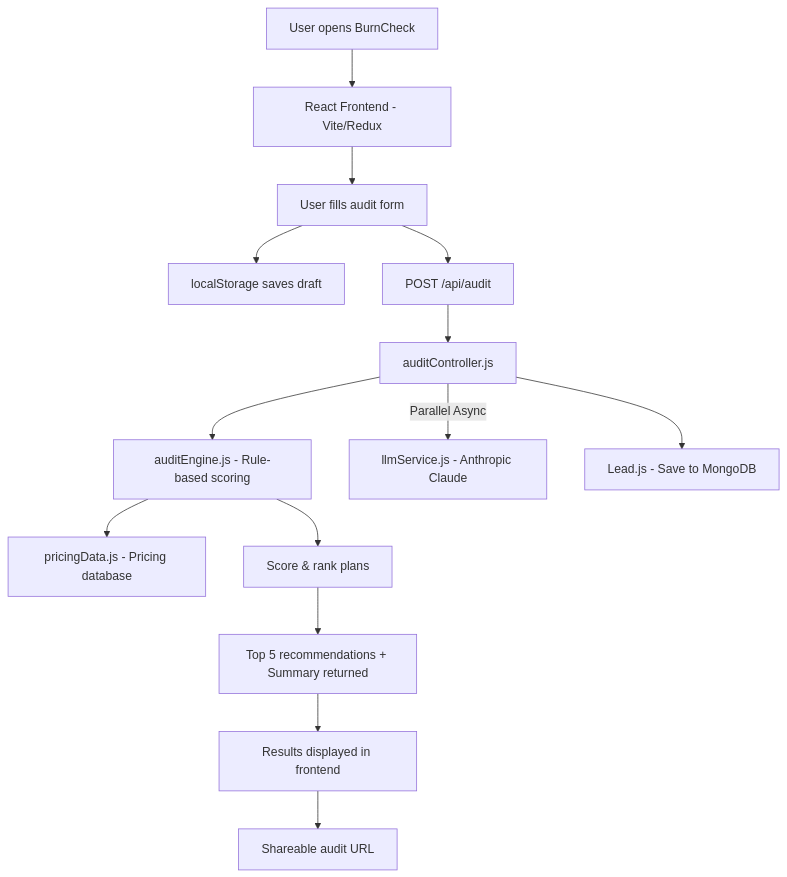
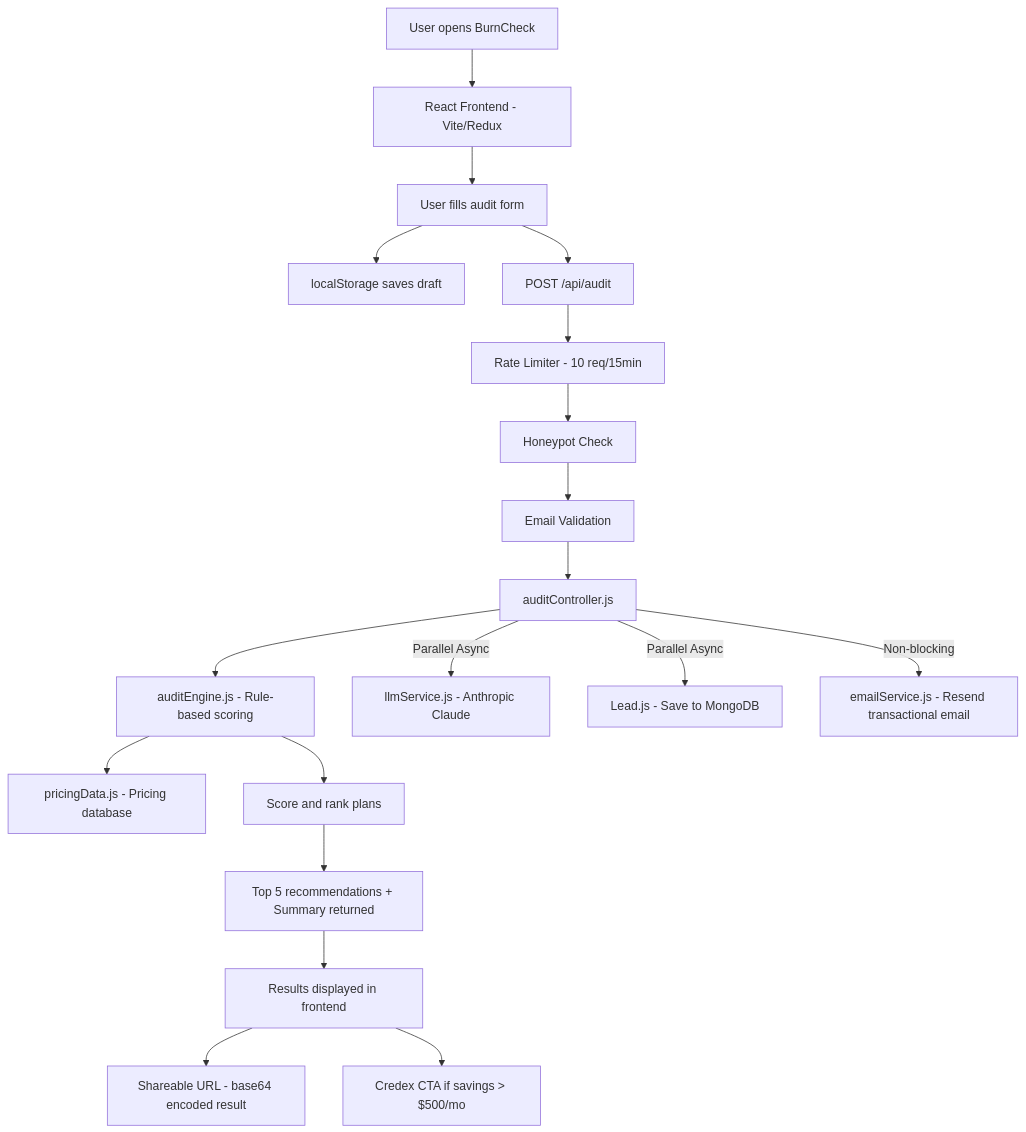
One commit to piyushh-ai/burncheck changed the diagram in ARCHITECTURE.md. Above: the diagram before and after it, drawn with Mermaid. The commit also changed other lines of this file and 13 other files, not shown here.

````diff
--- a/ARCHITECTURE.md
+++ b/ARCHITECTURE.md
@@ -5,16 +5,21 @@
 ```mermaid
 graph TD
     A[User opens BurnCheck] --> B[React Frontend - Vite/Redux]
     B --> C[User fills audit form]
     C --> D[localStorage saves draft]
     C --> E[POST /api/audit]
-    E --> F[auditController.js]
+    E --> RL[Rate Limiter - 10 req/15min]
+    RL --> HP[Honeypot Check]
+    HP --> EV[Email Validation]
+    EV --> F[auditController.js]
     F --> G[auditEngine.js - Rule-based scoring]
     G --> H[pricingData.js - Pricing database]
     F --> |Parallel Async| LLM[llmService.js - Anthropic Claude]
-    G --> I[Score & rank plans]
+    F --> |Parallel Async| K[Lead.js - Save to MongoDB]
+    F --> |Non-blocking| EM[emailService.js - Resend transactional email]
+    G --> I[Score and rank plans]
     I --> J[Top 5 recommendations + Summary returned]
-    F --> K[Lead.js - Save to MongoDB]
     J --> L[Results displayed in frontend]
-    L --> M[Shareable audit URL]
+    L --> M[Shareable URL - base64 encoded result]
+    L --> N[Credex CTA if savings > $500/mo]
 ```
````
